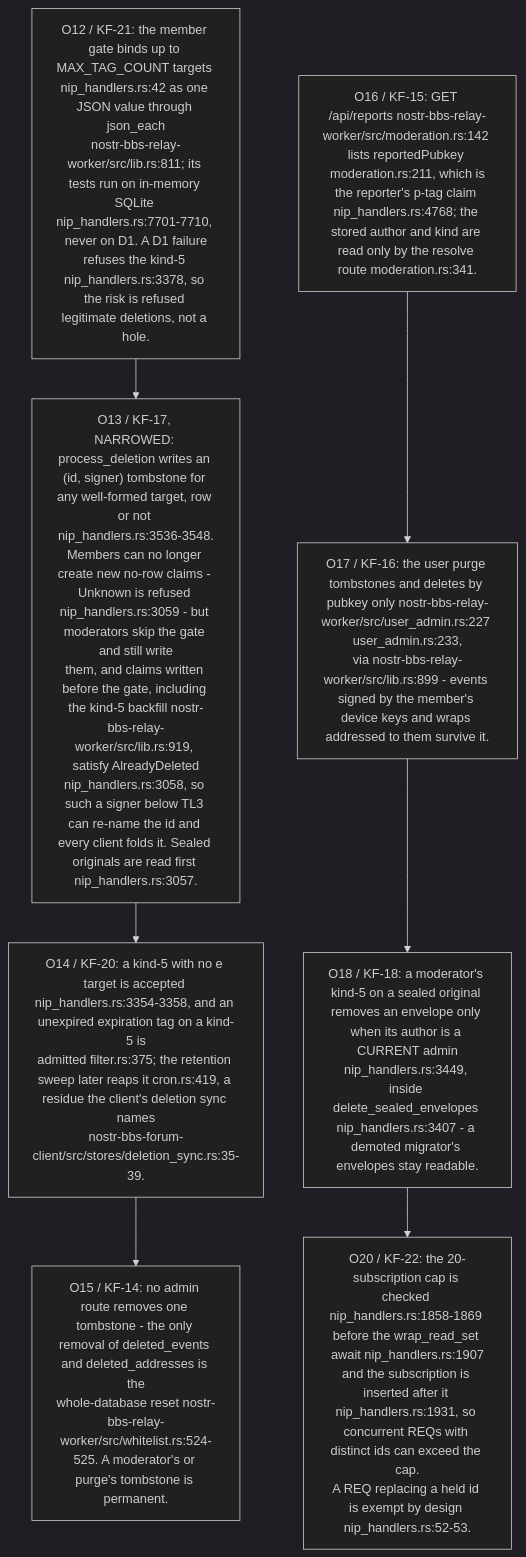
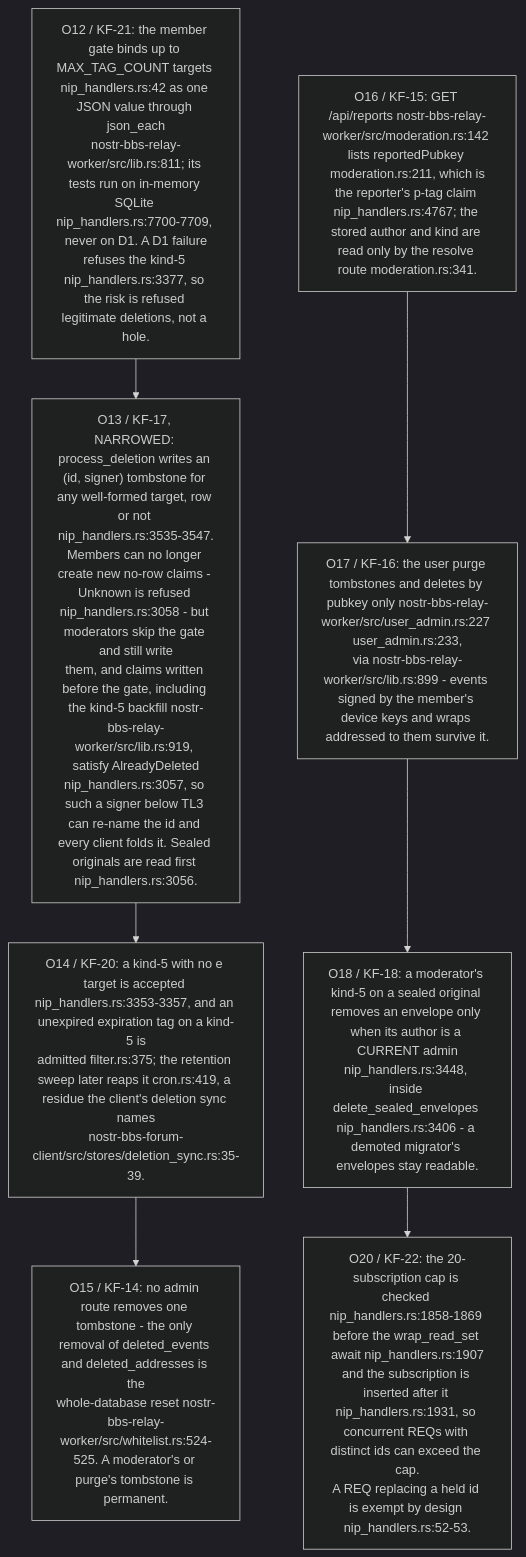
One commit to DreamLab-AI/VisionFlow changed diagram 12 of 15 in docs/diagrams/nostr-rust-forum/10-invariants-and-anomaly-register.md. Above: the diagram before and after it, drawn with Mermaid (dark theme). The commit also changed other lines of this file and 3 other files, not shown here.

First line of the commit message:
docs(diagrams): hold NF-10 at 4a73a7a (NF-10.6 DD9 on the ratchet no longer holds)

````diff
--- a/docs/diagrams/nostr-rust-forum/10-invariants-and-anomaly-register.md
+++ b/docs/diagrams/nostr-rust-forum/10-invariants-and-anomaly-register.md
@@ -319,13 +319,13 @@
 ```mermaid
 flowchart TB
-    O12["O12 / KF-21: the member gate binds up to MAX_TAG_COUNT targets nip_handlers.rs:42 as one JSON value through json_each<br/>nostr-bbs-relay-worker/src/lib.rs:811; its tests run on in-memory SQLite nip_handlers.rs:7701-7710, never on D1. A D1 failure<br/>refuses the kind-5 nip_handlers.rs:3378, so the risk is refused legitimate deletions, not a hole."]
-    O13["O13 / KF-17, NARROWED: process_deletion writes an (id, signer) tombstone for any well-formed target, row or not nip_handlers.rs:3536-3548.<br/>Members can no longer create new no-row claims - Unknown is refused nip_handlers.rs:3059 - but moderators skip the gate and still write<br/>them, and claims written before the gate, including the kind-5 backfill nostr-bbs-relay-worker/src/lib.rs:919, satisfy AlreadyDeleted<br/>nip_handlers.rs:3058, so such a signer below TL3 can re-name the id and every client folds it. Sealed originals are read first nip_handlers.rs:3057."]
-    O14["O14 / KF-20: a kind-5 with no e target is accepted nip_handlers.rs:3354-3358, and an unexpired expiration tag on a kind-5 is<br/>admitted filter.rs:375; the retention sweep later reaps it cron.rs:419, a residue the client's deletion sync names<br/>nostr-bbs-forum-client/src/stores/deletion_sync.rs:35-39."]
+    O12["O12 / KF-21: the member gate binds up to MAX_TAG_COUNT targets nip_handlers.rs:42 as one JSON value through json_each<br/>nostr-bbs-relay-worker/src/lib.rs:811; its tests run on in-memory SQLite nip_handlers.rs:7700-7709, never on D1. A D1 failure<br/>refuses the kind-5 nip_handlers.rs:3377, so the risk is refused legitimate deletions, not a hole."]
+    O13["O13 / KF-17, NARROWED: process_deletion writes an (id, signer) tombstone for any well-formed target, row or not nip_handlers.rs:3535-3547.<br/>Members can no longer create new no-row claims - Unknown is refused nip_handlers.rs:3058 - but moderators skip the gate and still write<br/>them, and claims written before the gate, including the kind-5 backfill nostr-bbs-relay-worker/src/lib.rs:919, satisfy AlreadyDeleted<br/>nip_handlers.rs:3057, so such a signer below TL3 can re-name the id and every client folds it. Sealed originals are read first nip_handlers.rs:3056."]
+    O14["O14 / KF-20: a kind-5 with no e target is accepted nip_handlers.rs:3353-3357, and an unexpired expiration tag on a kind-5 is<br/>admitted filter.rs:375; the retention sweep later reaps it cron.rs:419, a residue the client's deletion sync names<br/>nostr-bbs-forum-client/src/stores/deletion_sync.rs:35-39."]
     O15["O15 / KF-14: no admin route removes one tombstone - the only removal of deleted_events and deleted_addresses is the<br/>whole-database reset nostr-bbs-relay-worker/src/whitelist.rs:524-525. A moderator's or purge's tombstone is permanent."]
-    O16["O16 / KF-15: GET /api/reports nostr-bbs-relay-worker/src/moderation.rs:142 lists reportedPubkey moderation.rs:211, which is<br/>the reporter's p-tag claim nip_handlers.rs:4768; the stored author and kind are read only by the resolve route moderation.rs:341."]
+    O16["O16 / KF-15: GET /api/reports nostr-bbs-relay-worker/src/moderation.rs:142 lists reportedPubkey moderation.rs:211, which is<br/>the reporter's p-tag claim nip_handlers.rs:4767; the stored author and kind are read only by the resolve route moderation.rs:341."]
     O17["O17 / KF-16: the user purge tombstones and deletes by pubkey only nostr-bbs-relay-worker/src/user_admin.rs:227 user_admin.rs:233,<br/>via nostr-bbs-relay-worker/src/lib.rs:899 - events signed by the member's device keys and wraps addressed to them survive it."]
-    O18["O18 / KF-18: a moderator's kind-5 on a sealed original removes an envelope only when its author is a CURRENT admin<br/>nip_handlers.rs:3449, inside delete_sealed_envelopes nip_handlers.rs:3407 - a demoted migrator's envelopes stay readable."]
+    O18["O18 / KF-18: a moderator's kind-5 on a sealed original removes an envelope only when its author is a CURRENT admin<br/>nip_handlers.rs:3448, inside delete_sealed_envelopes nip_handlers.rs:3406 - a demoted migrator's envelopes stay readable."]
     O20["O20 / KF-22: the 20-subscription cap is checked nip_handlers.rs:1858-1869 before the wrap_read_set await nip_handlers.rs:1907<br/>and the subscription is inserted after it nip_handlers.rs:1931, so concurrent REQs with distinct ids can exceed the cap.<br/>A REQ replacing a held id is exempt by design nip_handlers.rs:52-53."]
     O12 --> O13 --> O14 --> O15
     O16 --> O17 --> O18 --> O20
 ```
````
